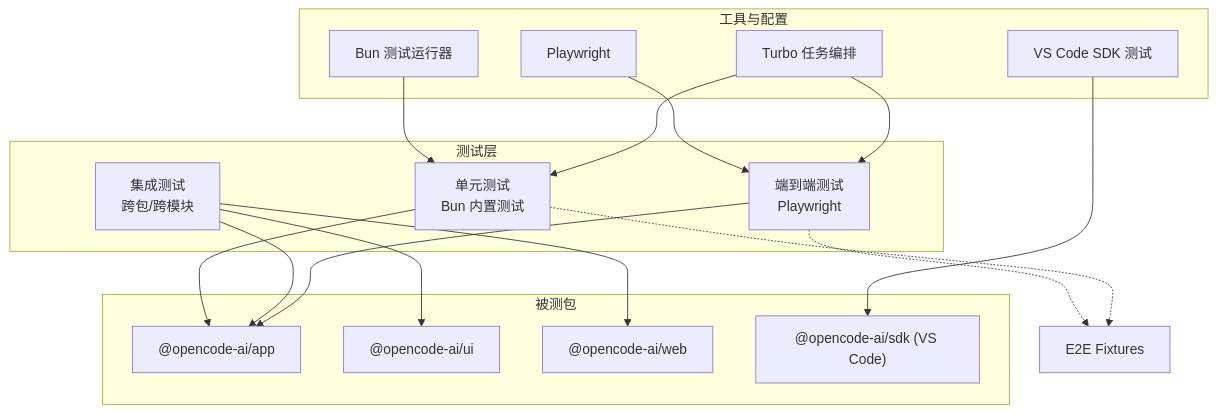
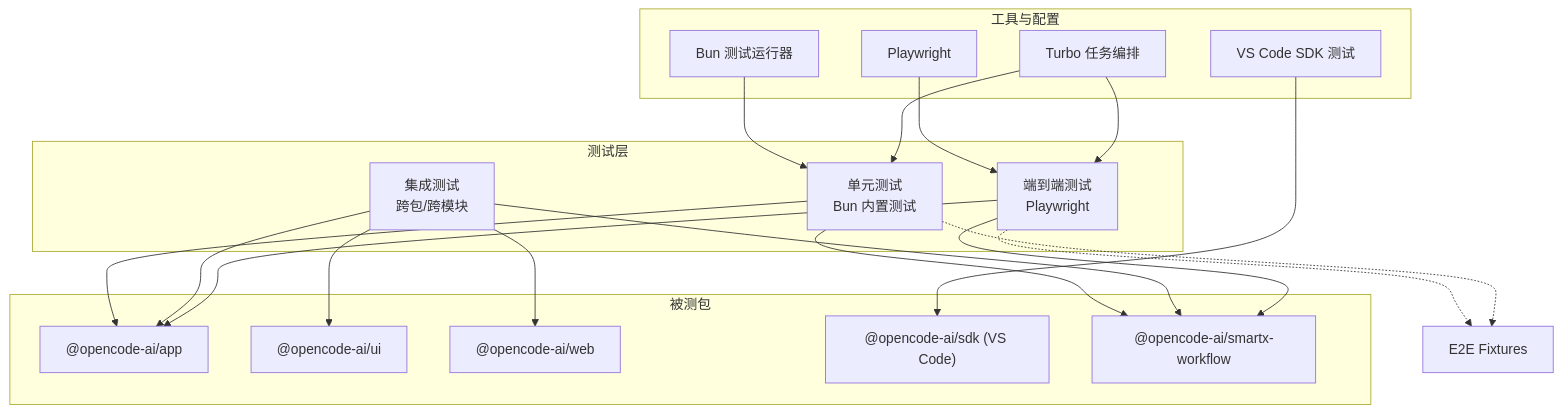
The second of 4 diagrams in .lingma/repowiki/zh/content/开发者指南/测试策略.md (89780012/opencode), drawn with Mermaid before and after one commit. The commit also changed other lines of this file and 7 other files, not shown here.

````diff
--- a/.lingma/repowiki/zh/content/开发者指南/测试策略.md
+++ b/.lingma/repowiki/zh/content/开发者指南/测试策略.md
@@ -85,32 +104,36 @@
 ```mermaid
 graph TB
 subgraph "测试层"
 UT["单元测试<br/>Bun 内置测试"]
 IT["集成测试<br/>跨包/跨模块"]
 E2E["端到端测试<br/>Playwright"]
 end
 subgraph "工具与配置"
 Bun["Bun 测试运行器"]
 PW["Playwright"]
 Turbo["Turbo 任务编排"]
 VSCodeSDK["VS Code SDK 测试"]
 end
 subgraph "被测包"
 App["@opencode-ai/app"]
 UI["@opencode-ai/ui"]
 Web["@opencode-ai/web"]
 SDKVS["@opencode-ai/sdk (VS Code)"]
+SmartX["@opencode-ai/smartx-workflow"]
 end
 UT --> App
+UT --> SmartX
 IT --> App
 IT --> UI
 IT --> Web
+IT --> SmartX
 E2E --> App
+E2E --> SmartX
 VSCodeSDK --> SDKVS
 Bun --> UT
 PW --> E2E
 Turbo --> UT
 Turbo --> E2E
 E2E -.-> Fixtures["E2E Fixtures"]
 UT -.-> Fixtures
 ```
````
